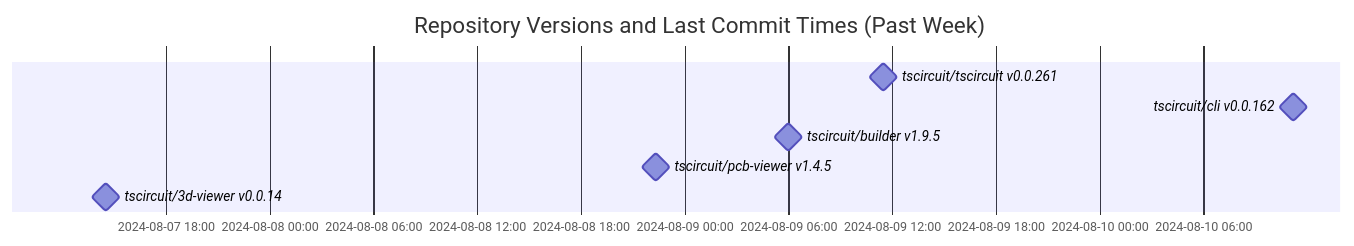
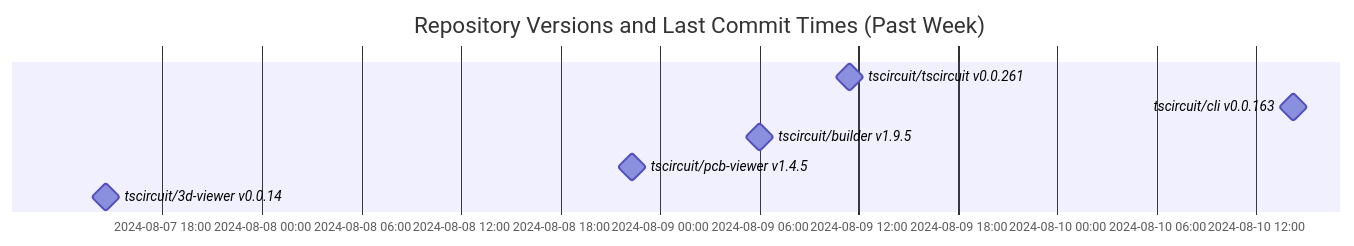
Before and after one commit to tscircuit/version-tracker: the diagram in README.md, drawn with Mermaid.

Commit message:
Update chart

````diff
--- a/README.md
+++ b/README.md
@@ -1,12 +1,12 @@
 ```mermaid
 gantt
   dateFormat  YYYY-MM-DD HH:mm:ss
   title Repository Versions and Last Commit Times (Past Week)
   axisFormat %Y-%m-%d %H:%M
 
   tscircuit/tscircuit v0.0.261 : milestone, 2024-08-09 11:27:18, 1s
-  tscircuit/cli v0.0.162 : milestone, 2024-08-10 11:09:55, 1s
+  tscircuit/cli v0.0.163 : milestone, 2024-08-10 14:15:28, 1s
   tscircuit/builder v1.9.5 : milestone, 2024-08-09 06:00:02, 1s
   tscircuit/pcb-viewer v1.4.5 : milestone, 2024-08-08 22:18:20, 1s
   tscircuit/3d-viewer v0.0.14 : milestone, 2024-08-07 14:34:01, 1s
 ```
````
